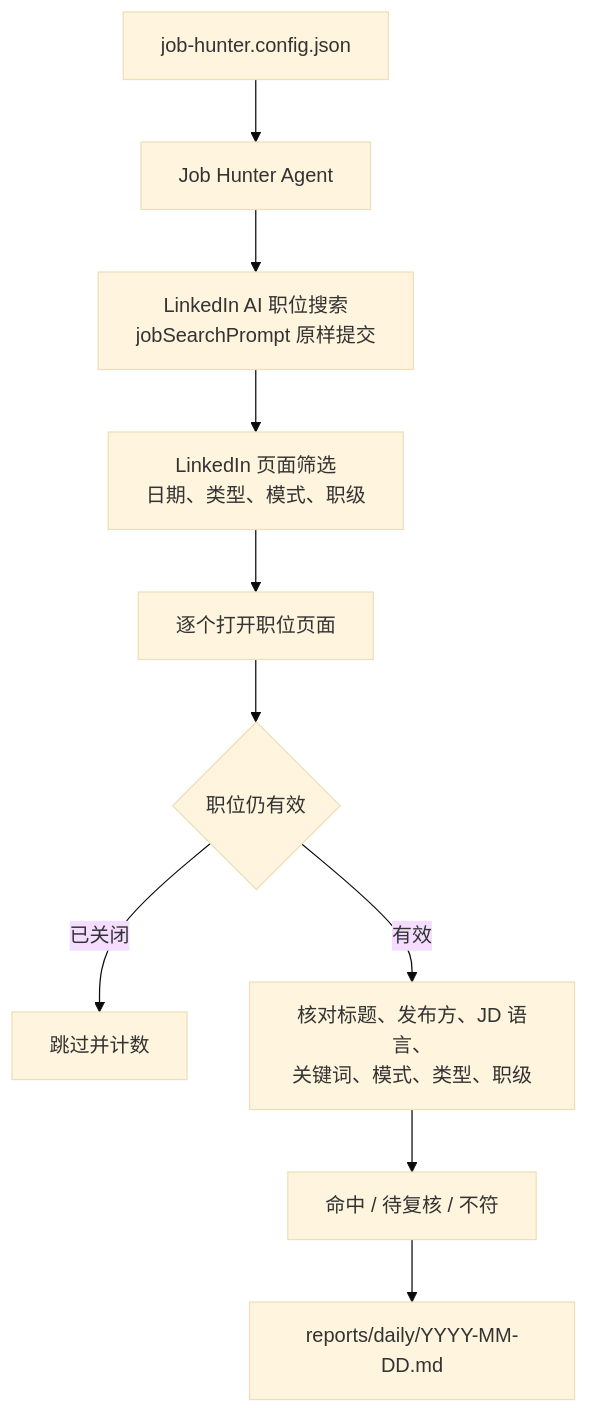
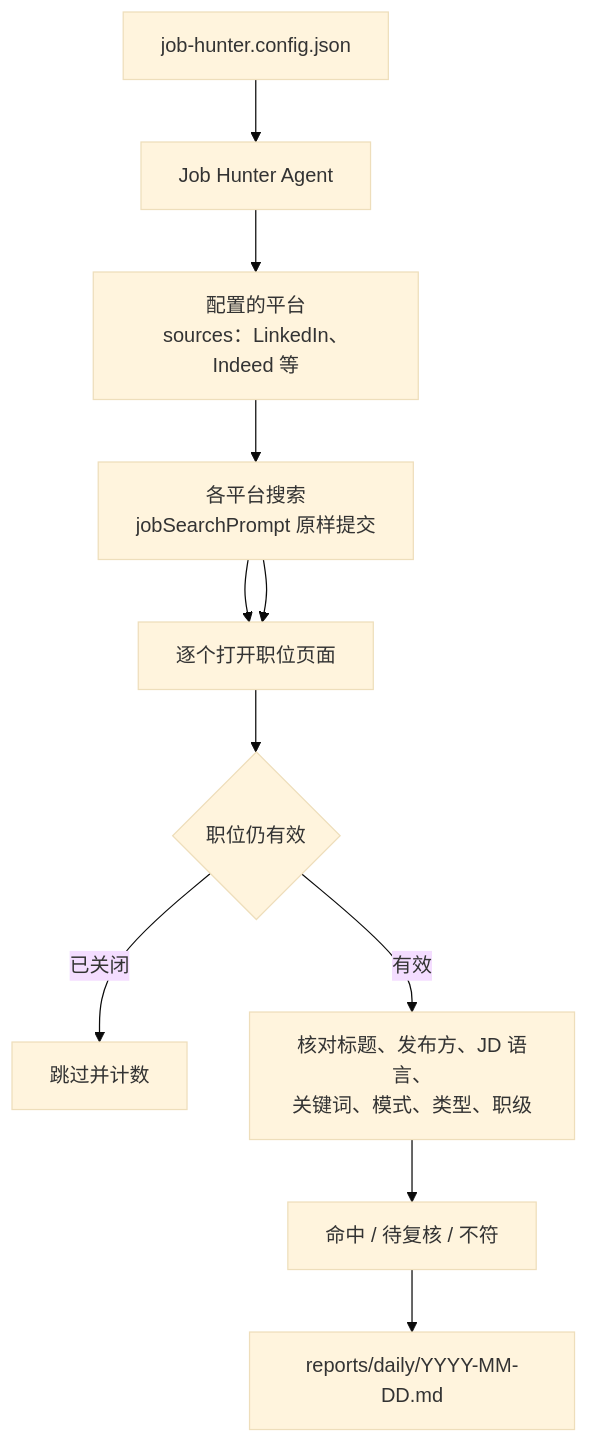
The diagram in README.zh-CN.md (aoda-zhang/Job-hunter), drawn with Mermaid (base theme) before and after one commit. The commit also changed other lines of this file and 15 other files, not shown here.

````diff
--- a/README.zh-CN.md
+++ b/README.zh-CN.md
@@ -22,12 +22,13 @@
 ```mermaid
 flowchart TD
     A[job-hunter.config.json] --> B[Job Hunter Agent]
-    B --> C[LinkedIn AI 职位搜索<br/>jobSearchPrompt 原样提交]
-    C --> D[LinkedIn 页面筛选<br/>日期、类型、模式、职级]
+    B --> C[配置的平台<br/>sources：LinkedIn、Indeed 等]
+    C --> D[各平台搜索<br/>jobSearchPrompt 原样提交]
+    D --> E[各平台自己的筛选<br/>日期、类型、模式、职级]
     D --> E[逐个打开职位页面]
     E --> F{职位仍有效}
     F -->|已关闭| X[跳过并计数]
     F -->|有效| G[核对标题、发布方、JD 语言、<br/>关键词、模式、类型、职级]
     G --> H[命中 / 待复核 / 不符]
     H --> I[reports/daily/YYYY-MM-DD.md]
 ```
````
